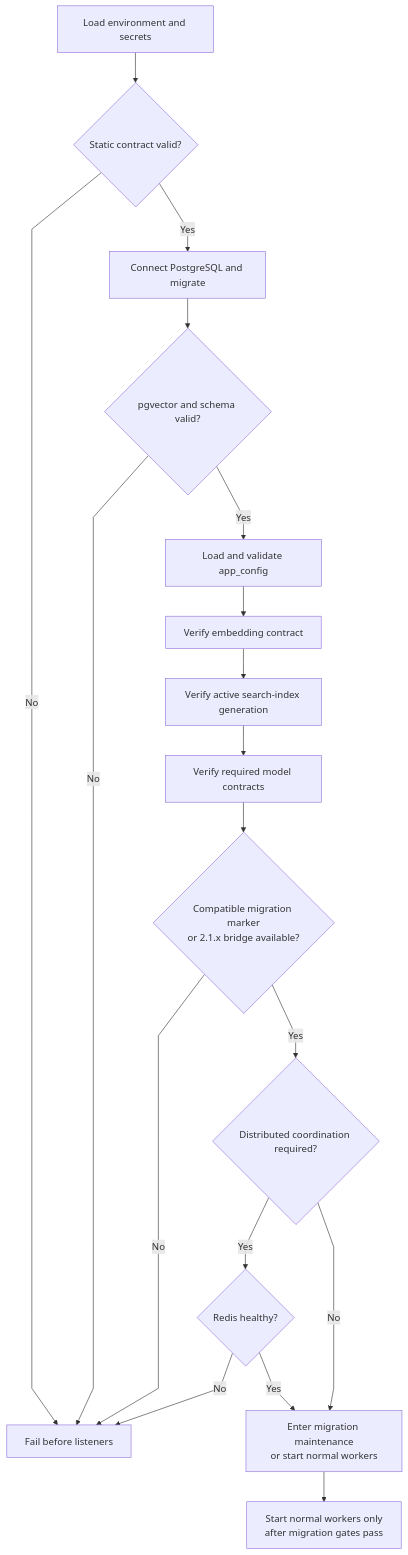
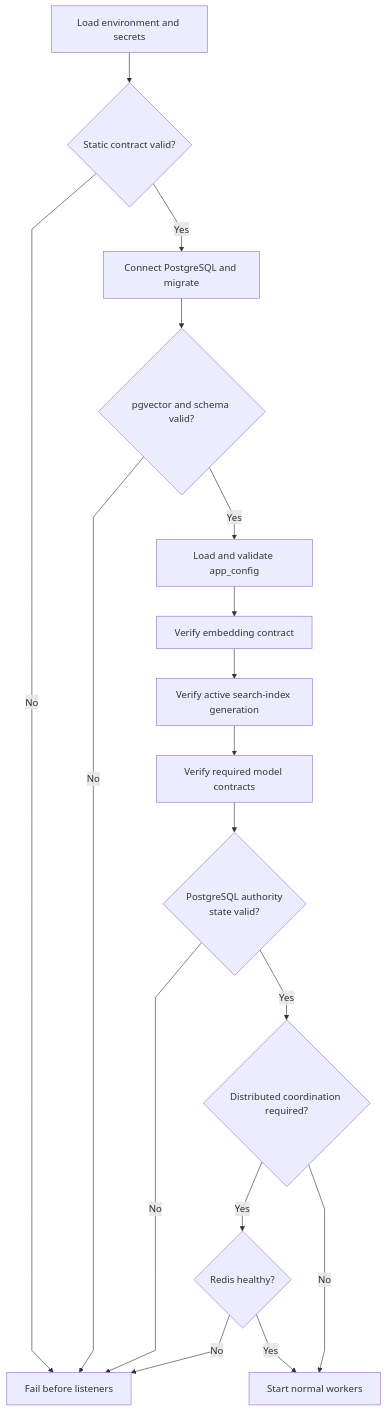
The third of 3 diagrams in Configuration.md (markhuangai/dense-mem), drawn with Mermaid before and after one commit. The commit also changed other lines of this file and 23 other files, not shown here.

````diff
--- a/Configuration.md
+++ b/Configuration.md
@@ -452,21 +451,20 @@
 ```mermaid
 %%{init: {"flowchart": {"curve": "linear"}}}%%
 flowchart TD
   Load["Load environment and secrets"] --> Static{"Static contract valid?"}
   Static -- No --> Fail["Fail before listeners"]
   Static -- Yes --> PG["Connect PostgreSQL and migrate"]
   PG --> Vector{"pgvector and schema valid?"}
   Vector -- No --> Fail
   Vector -- Yes --> Runtime["Load and validate app_config"]
   Runtime --> Embed["Verify embedding contract"]
   Embed --> Index["Verify active search-index generation"]
   Index --> Models["Verify required model contracts"]
-  Models --> Migration{"Compatible migration marker<br/>or 2.1.x bridge available?"}
-  Migration -- No --> Fail
-  Migration -- Yes --> Distributed{"Distributed coordination required?"}
+  Models --> Authority{"PostgreSQL authority<br/>state valid?"}
+  Authority -- No --> Fail
+  Authority -- Yes --> Distributed{"Distributed coordination required?"}
   Distributed -- Yes --> Redis{"Redis healthy?"}
   Redis -- No --> Fail
-  Redis -- Yes --> Gate["Enter migration maintenance<br/>or start normal workers"]
-  Distributed -- No --> Gate
-  Gate --> Ready["Start normal workers only<br/>after migration gates pass"]
+  Redis -- Yes --> Ready["Start normal workers"]
+  Distributed -- No --> Ready
 ```
````
